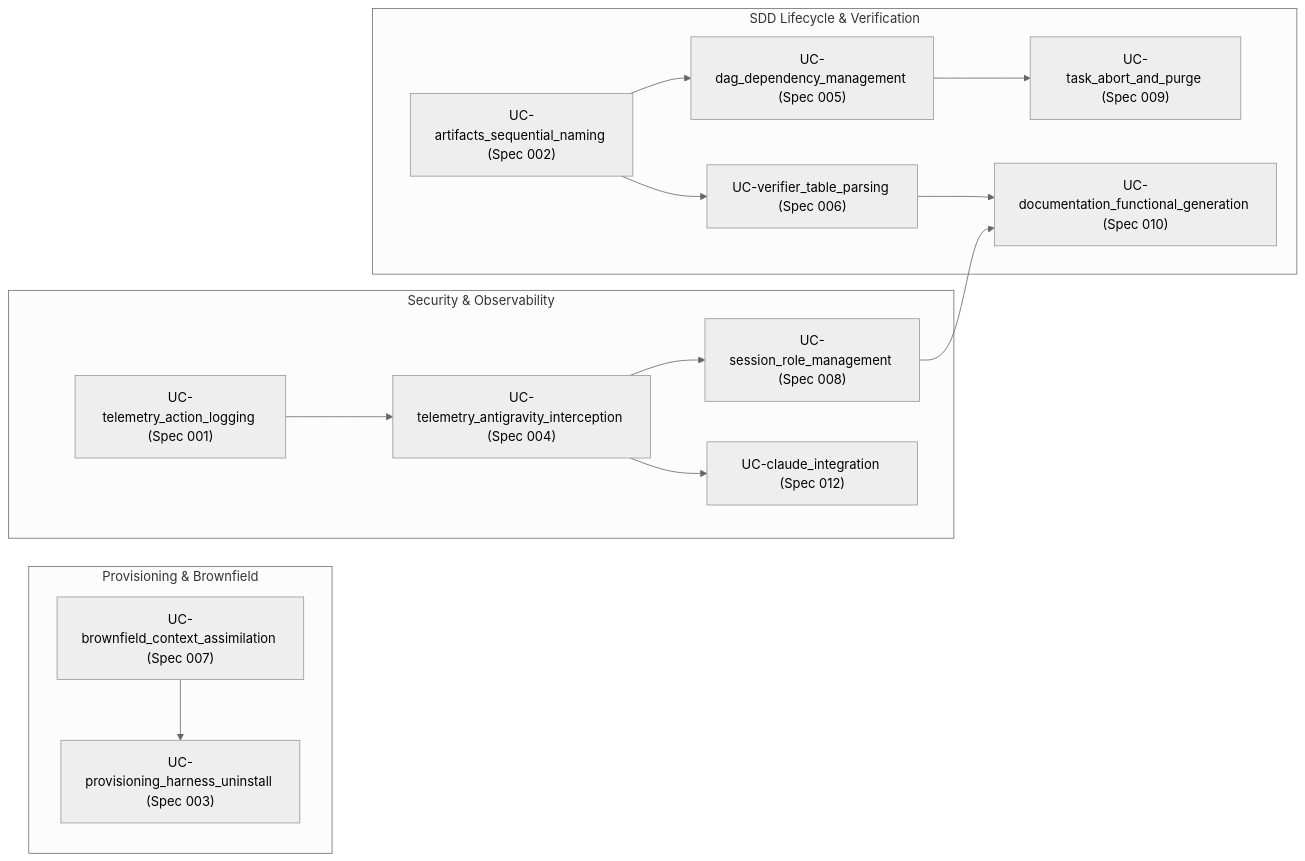
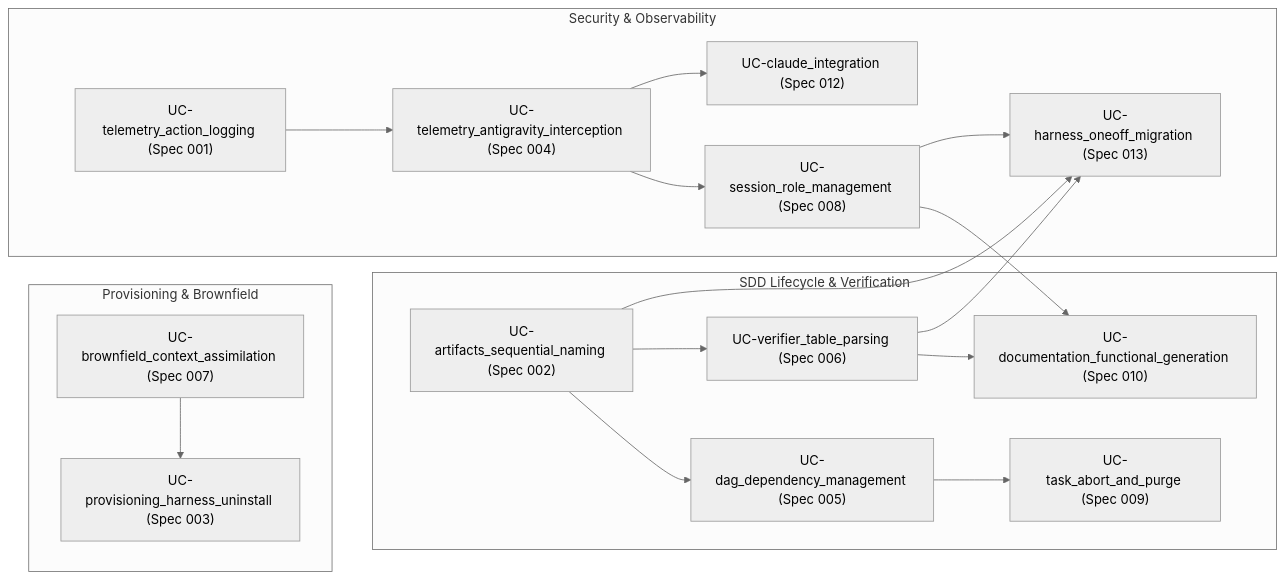
One commit to Calevin/seb-harness changed the diagram in docs/use-cases/README.md. Above: the diagram before and after it, drawn with Mermaid (neutral theme). The commit also changed other lines of this file and 78 other files, not shown here.

````diff
--- a/docs/use-cases/README.md
+++ b/docs/use-cases/README.md
@@ -23,20 +24,23 @@
 ```mermaid
 flowchart LR
     subgraph Provisioning["Provisioning & Brownfield"]
         UC007["UC-brownfield_context_assimilation (Spec 007)"] --> UC003["UC-provisioning_harness_uninstall (Spec 003)"]
     end
 
     subgraph CoreSDD["SDD Lifecycle & Verification"]
         UC002["UC-artifacts_sequential_naming (Spec 002)"] --> UC005["UC-dag_dependency_management (Spec 005)"]
         UC002 --> UC006["UC-verifier_table_parsing (Spec 006)"]
         UC005 --> UC009["UC-task_abort_and_purge (Spec 009)"]
         UC006 --> UC010["UC-documentation_functional_generation (Spec 010)"]
     end
 
     subgraph SecurityAndTelemetry["Security & Observability"]
         UC001["UC-telemetry_action_logging (Spec 001)"] --> UC004["UC-telemetry_antigravity_interception (Spec 004)"]
         UC004 --> UC008["UC-session_role_management (Spec 008)"]
         UC008 --> UC010
         UC004 --> UC012["UC-claude_integration (Spec 012)"]
+        UC008 --> UC013["UC-harness_oneoff_migration (Spec 013)"]
+        UC002 --> UC013
+        UC006 --> UC013
     end
 ```
````
